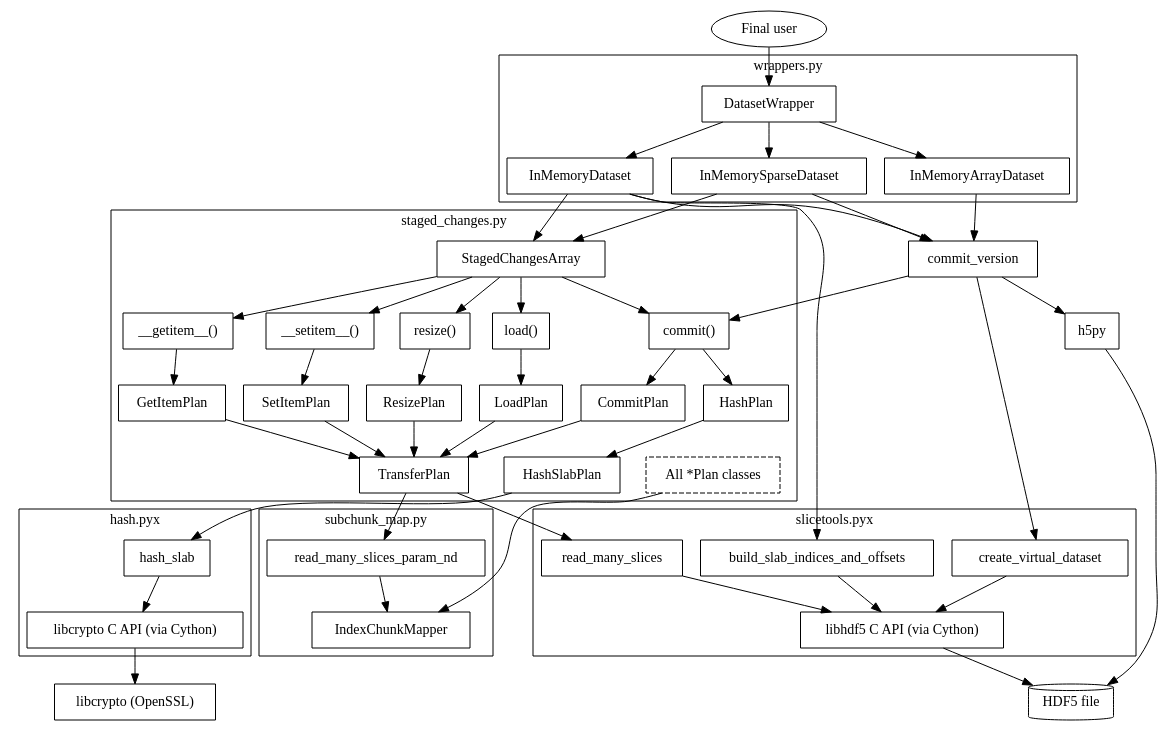
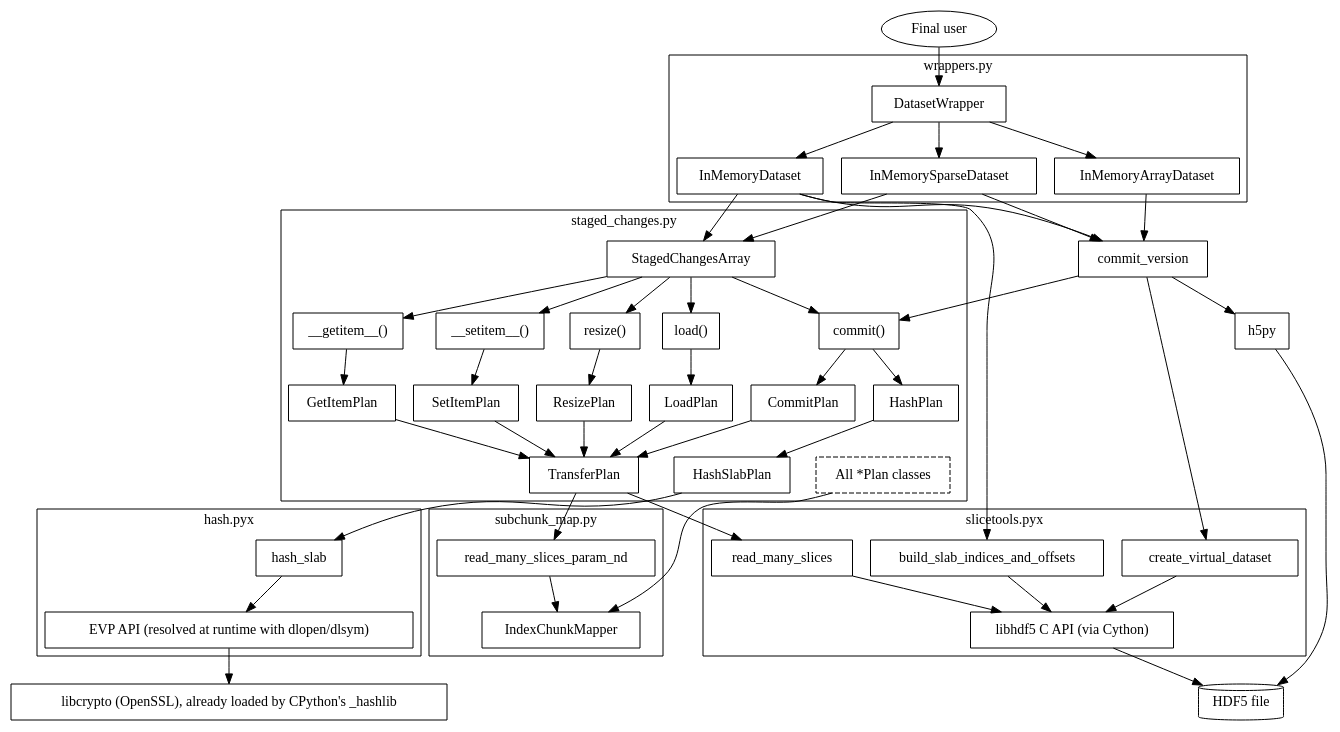
One commit to deshaw/versioned-hdf5 changed the diagram in docs/staged_changes.rst. Above: the diagram before and after it, drawn with Graphviz. The commit also changed other lines of this file and 5 other files, not shown here.

```diff
--- a/docs/staged_changes.rst
+++ b/docs/staged_changes.rst
@@ -562,10 +562,10 @@
       subgraph cluster_4 {
           label="hash.pyx";
           hash_slab;
-          libcrypto_api [label="libcrypto C API (via Cython)"]
+          libcrypto_api [label="EVP API (resolved at runtime with dlopen/dlsym)"]
       }
 
-      libcrypto [label="libcrypto (OpenSSL)"];
+      libcrypto [label="libcrypto (OpenSSL), already loaded by CPython's _hashlib"];
       hash_slab -> libcrypto_api -> libcrypto;
 
       user -> DatasetWrapper;
```
